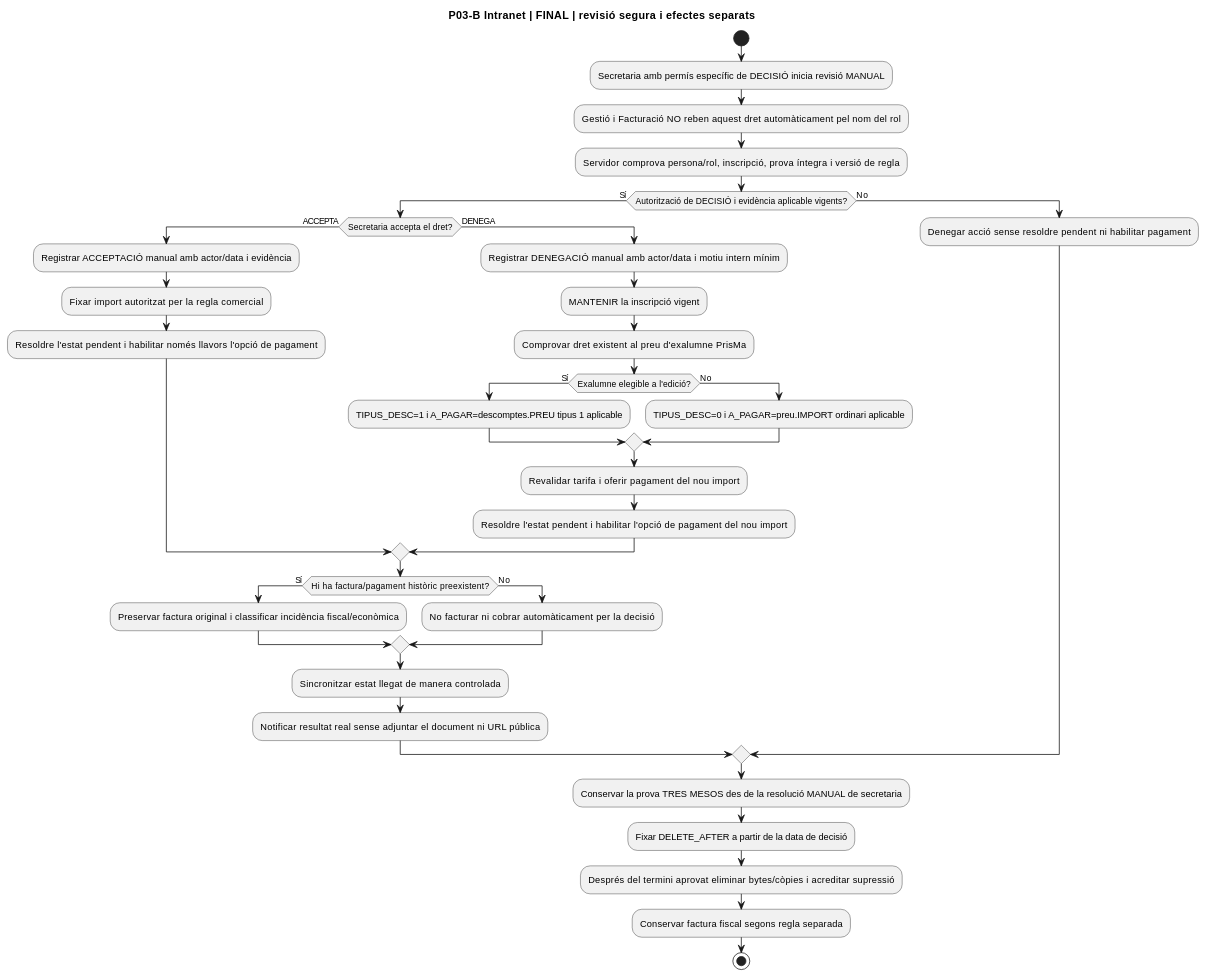
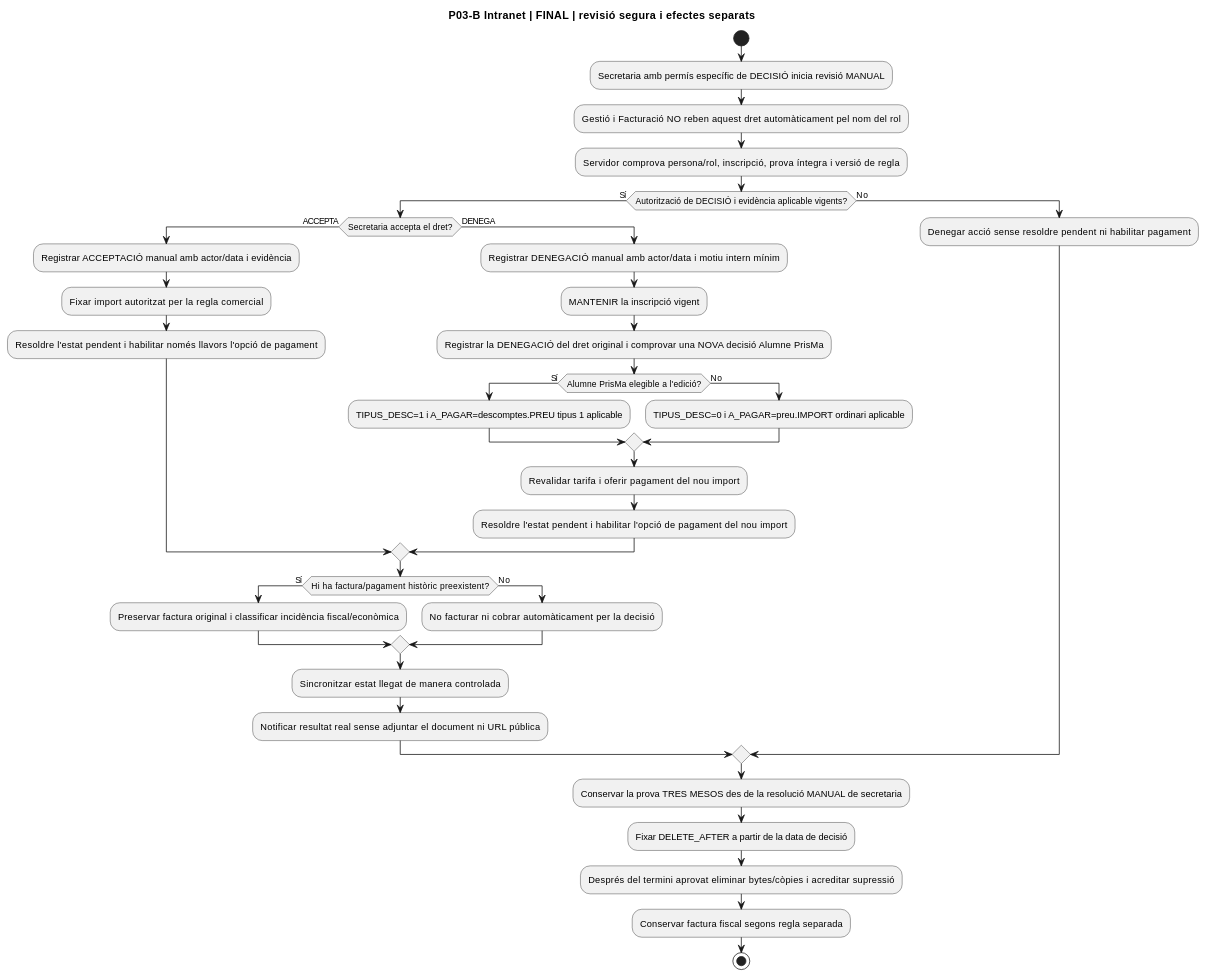
One commit to orgmeriemprismacat-del/verifactu changed the tenth of 10 diagrams in documentacio/07-uml-integrat/uc-116-activitats-pagines-justificants-actual-final.md. Above: the diagram before and after it, drawn with PlantUML. The commit also changed other lines of this file, not shown here.

````diff
--- a/documentacio/07-uml-integrat/uc-116-activitats-pagines-justificants-actual-final.md
+++ b/documentacio/07-uml-integrat/uc-116-activitats-pagines-justificants-actual-final.md
@@ -294,41 +294,41 @@
 ```plantuml
 @startuml
 title P03-B Intranet | FINAL | revisió segura i efectes separats
 start
 :Secretaria amb permís específic de DECISIÓ inicia revisió MANUAL;
 :Gestió i Facturació NO reben aquest dret automàticament pel nom del rol;
 :Servidor comprova persona/rol, inscripció, prova íntegra i versió de regla;
 if (Autorització de DECISIÓ i evidència aplicable vigents?) then (Sí)
  if (Secretaria accepta el dret?) then (ACCEPTA)
   :Registrar ACCEPTACIÓ manual amb actor/data i evidència;
   :Fixar import autoritzat per la regla comercial;
   :Resoldre l'estat pendent i habilitar només llavors l'opció de pagament;
  else (DENEGA)
   :Registrar DENEGACIÓ manual amb actor/data i motiu intern mínim;
   :MANTENIR la inscripció vigent;
-  :Comprovar dret existent al preu d'exalumne PrisMa;
-if (Exalumne elegible a l'edició?) then (Sí)
+  :Registrar la DENEGACIÓ del dret original i comprovar una NOVA decisió Alumne PrisMa;
+if (Alumne PrisMa elegible a l'edició?) then (Sí)
  :TIPUS_DESC=1 i A_PAGAR=descomptes.PREU tipus 1 aplicable;
 else (No)
  :TIPUS_DESC=0 i A_PAGAR=preu.IMPORT ordinari aplicable;
 endif
 :Revalidar tarifa i oferir pagament del nou import;
   :Resoldre l'estat pendent i habilitar l'opció de pagament del nou import;
  endif
  if (Hi ha factura/pagament històric preexistent?) then (Sí)
   :Preservar factura original i classificar incidència fiscal/econòmica;
  else (No)
   :No facturar ni cobrar automàticament per la decisió;
  endif
  :Sincronitzar estat llegat de manera controlada;
  :Notificar resultat real sense adjuntar el document ni URL pública;
 else (No)
  :Denegar acció sense resoldre pendent ni habilitar pagament;
 endif
 :Conservar la prova TRES MESOS des de la resolució MANUAL de secretaria;
 :Fixar DELETE_AFTER a partir de la data de decisió;
 :Després del termini aprovat eliminar bytes/còpies i acreditar supressió;
 :Conservar factura fiscal segons regla separada;
 stop
 @enduml
 ```
````
